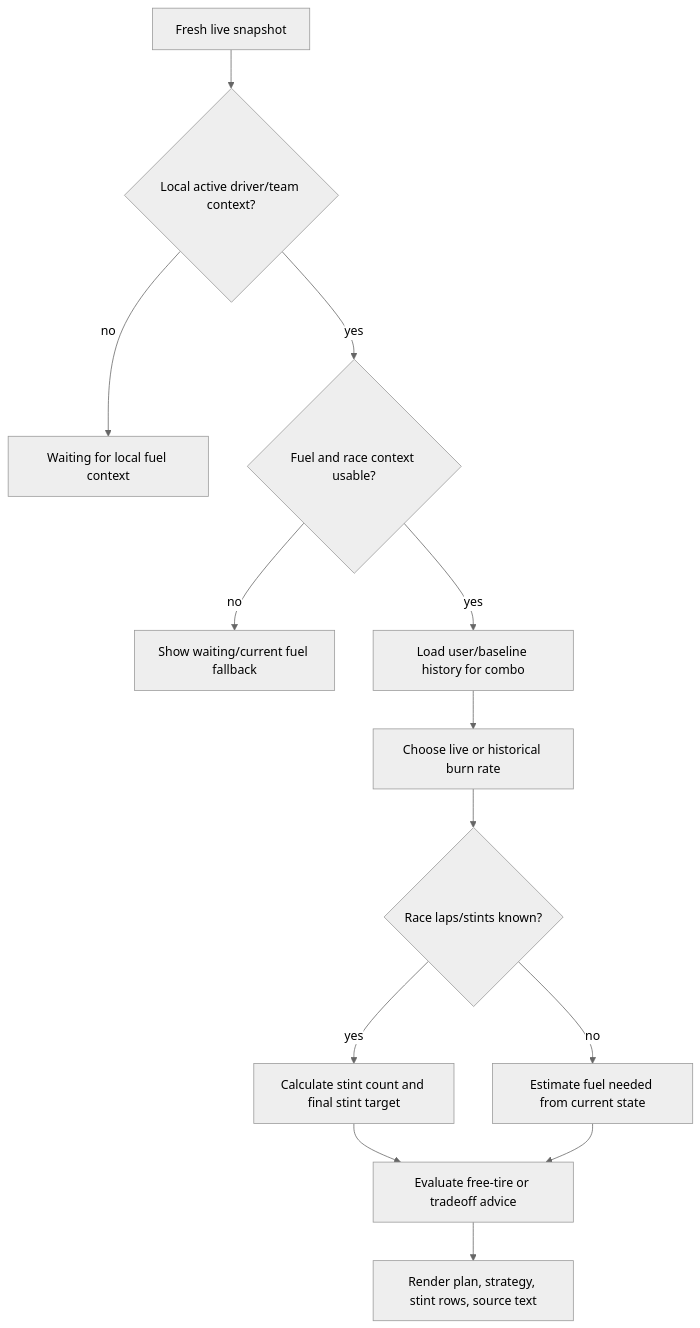
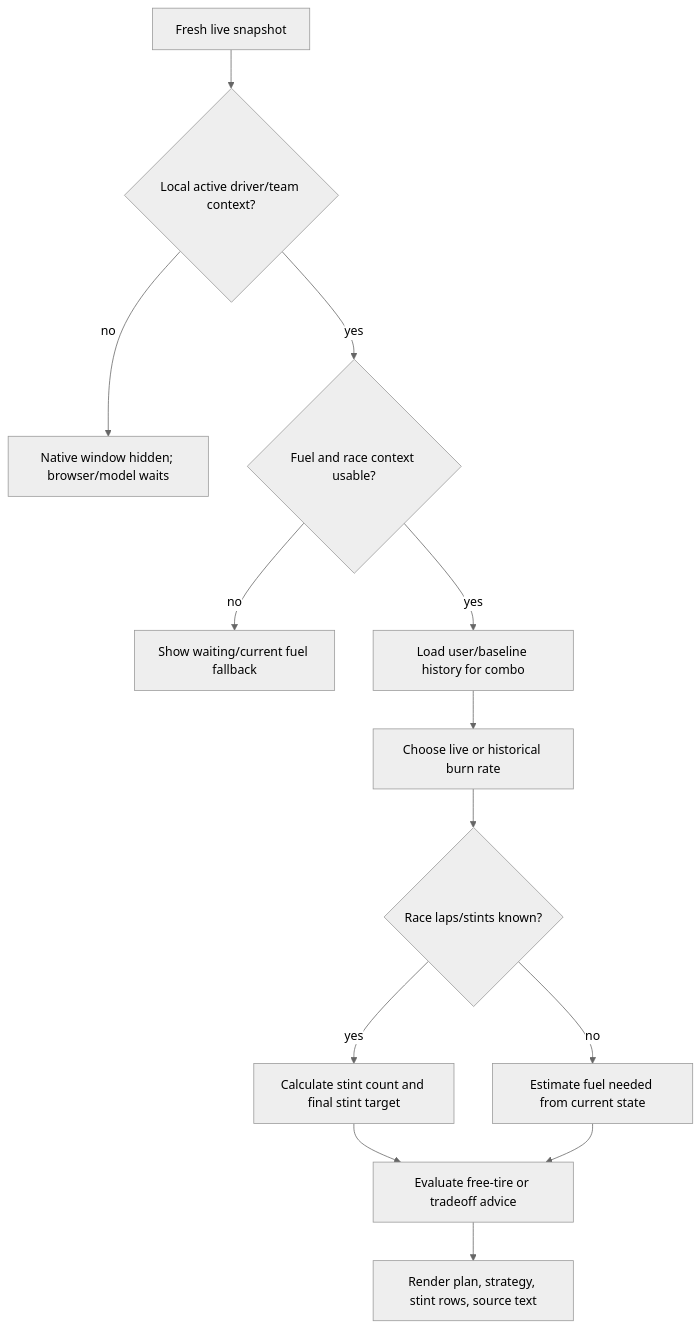
One commit to Boucher-David/tmrOverlay changed the fifth of 16 diagrams in docs/overlay-flow-diagrams.md. Above: the diagram before and after it, drawn with Mermaid (neutral theme). The commit also changed other lines of this file and 28 other files, not shown here.

````diff
--- a/docs/overlay-flow-diagrams.md
+++ b/docs/overlay-flow-diagrams.md
@@ -84,15 +84,15 @@
 ```mermaid
 flowchart TD
     Start["Fresh live snapshot"] --> Local{"Local active driver/team context?"}
-    Local -- no --> Waiting["Waiting for local fuel context"]
+    Local -- no --> Hidden["Native window hidden; browser/model waits"]
     Local -- yes --> Fuel{"Fuel and race context usable?"}
     Fuel -- no --> WaitingFuel["Show waiting/current fuel fallback"]
     Fuel -- yes --> History["Load user/baseline history for combo"]
     History --> Burn["Choose live or historical burn rate"]
     Burn --> Strategy{"Race laps/stints known?"}
     Strategy -- yes --> Plan["Calculate stint count and final stint target"]
     Strategy -- no --> Remaining["Estimate fuel needed from current state"]
     Plan --> Tires["Evaluate free-tire or tradeoff advice"]
     Remaining --> Tires
     Tires --> Render["Render plan, strategy, stint rows, source text"]
 ```
````
